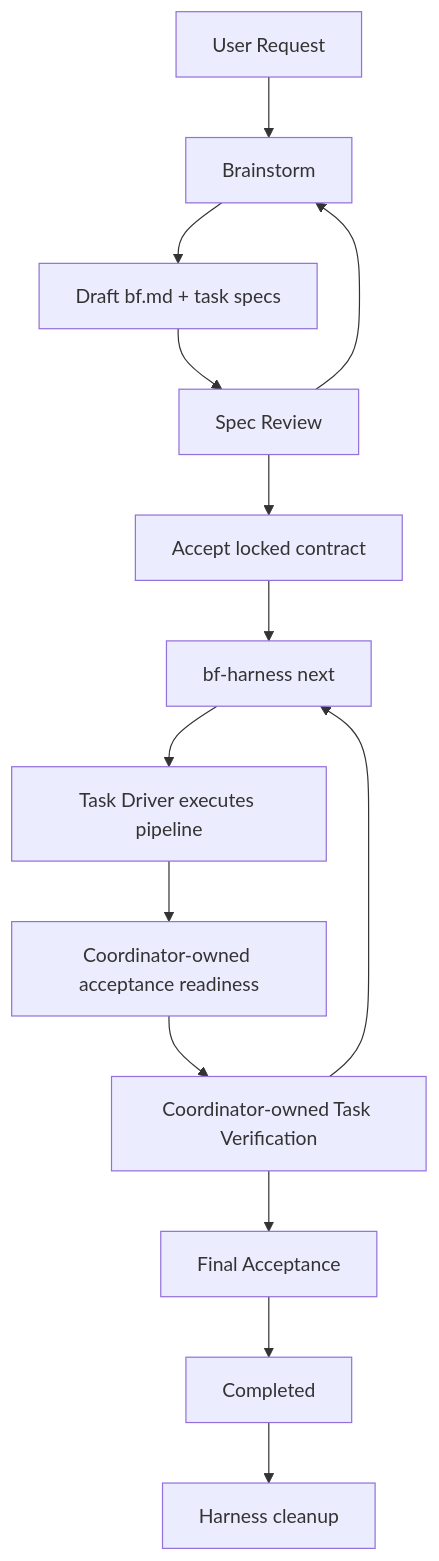
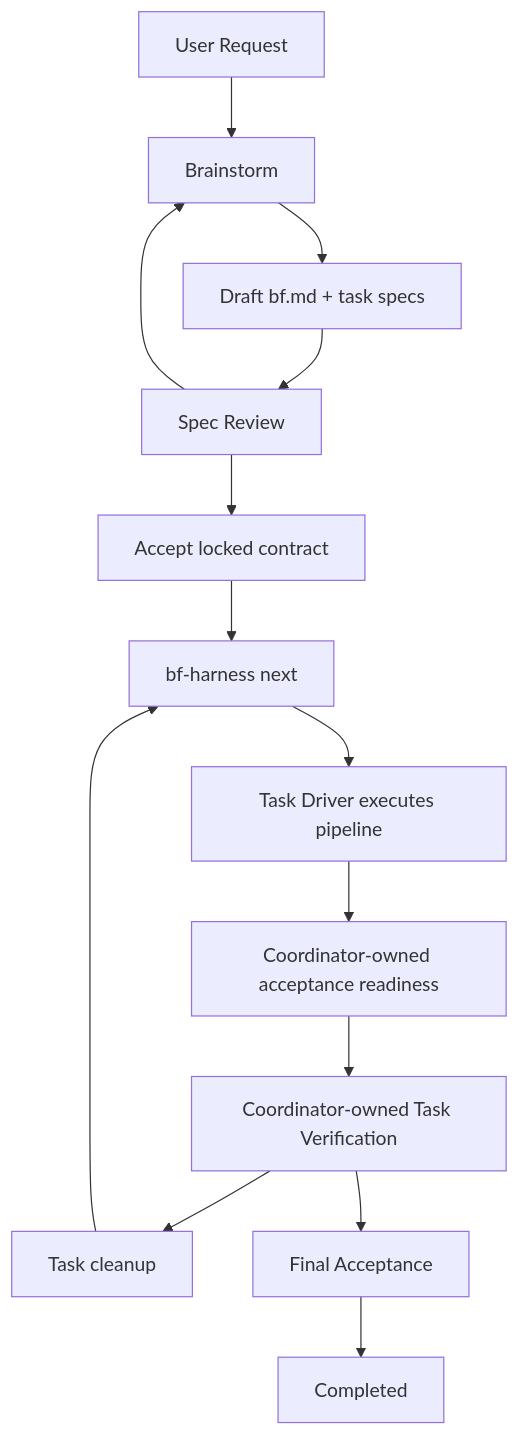
The diagram in docs/spec.md (codetreker/blueprintflow), drawn with Mermaid before and after one commit. The commit also changed other lines of this file and 19 other files, not shown here.

Commit message:
Update BF cleanup and status flow

````diff
--- a/docs/spec.md
+++ b/docs/spec.md
@@ -56,16 +56,16 @@
 ```mermaid
 flowchart TB
   request[User Request] --> brainstorm[Brainstorm]
   brainstorm --> spec[Draft bf.md + task specs]
   spec --> specReview[Spec Review]
   specReview --> accept[Accept locked contract]
   specReview --> brainstorm
   accept --> next[bf-harness next]
   next --> driver[Task Driver executes pipeline]
   driver --> readiness[Coordinator-owned acceptance readiness]
   readiness --> taskReview[Coordinator-owned Task Verification]
-  taskReview --> next
+  taskReview --> taskCleanup[Task cleanup]
+  taskCleanup --> next
   taskReview --> finalReview[Final Acceptance]
   finalReview --> completed[Completed]
-  completed --> cleanup[Harness cleanup]
 ```
````
